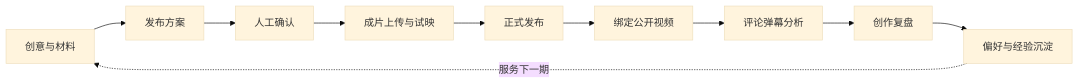
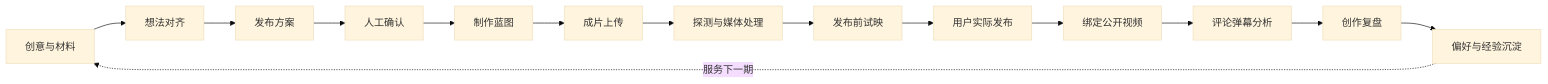
Before and after one commit to lin-0407/linkAgent: the first of 2 diagrams in README.md, drawn with Mermaid (base theme). The commit also changed other lines of this file, not shown here.

````diff
--- a/README.md
+++ b/README.md
@@ -26,12 +29,16 @@
 ```mermaid
 flowchart LR
-    Idea[创意与材料] --> Plan[发布方案]
+    Idea[创意与材料] --> Align[想法对齐]
+    Align --> Plan[发布方案]
     Plan --> Confirm[人工确认]
-    Confirm --> Preview[成片上传与试映]
-    Preview --> Publish[正式发布]
+    Confirm --> Blueprint[制作蓝图]
+    Blueprint --> Upload[成片上传]
+    Upload --> Process[探测与媒体处理]
+    Process --> Preview[发布前试映]
+    Preview --> Publish[用户实际发布]
     Publish --> Bind[绑定公开视频]
     Bind --> Feedback[评论弹幕分析]
     Feedback --> Report[创作复盘]
     Report --> Memory[偏好与经验沉淀]
     Memory -.服务下一期.-> Idea
 ```
````
